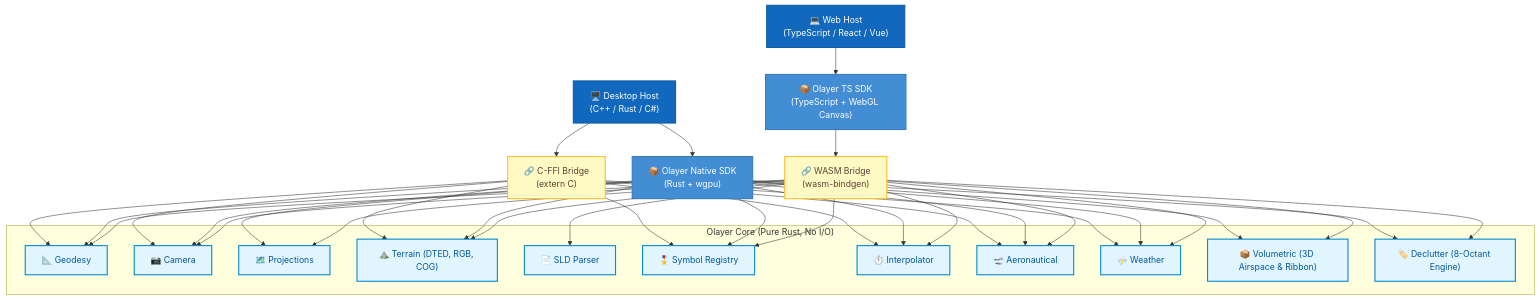
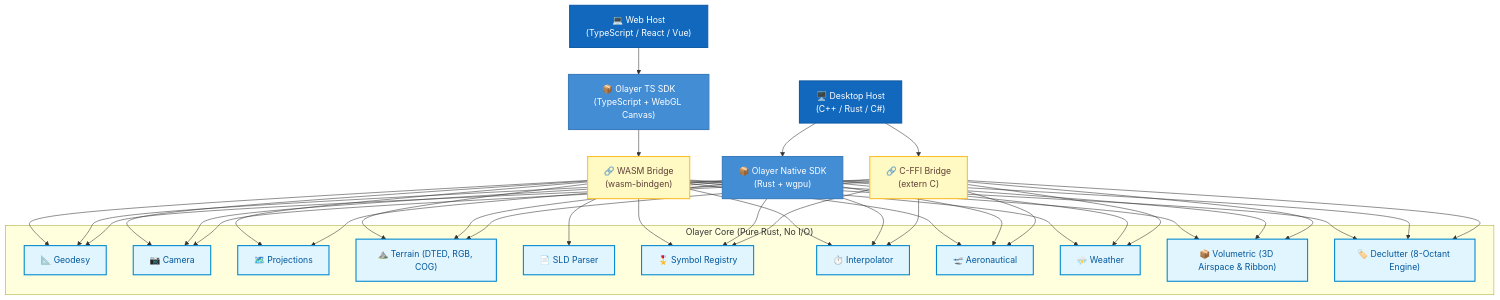
One commit to rodoni/olayer changed the diagram in docs/developer_guide.md. Above: the diagram before and after it, drawn with Mermaid. The commit also changed other lines of this file and 5 other files, not shown here.

````diff
--- a/docs/developer_guide.md
+++ b/docs/developer_guide.md
@@ -16,65 +16,67 @@
 ```mermaid
 graph TB
     classDef host fill:#1168BD,stroke:#0f5ca7,color:#ffffff,stroke-width:2px;
     classDef sdk fill:#438DD5,stroke:#3b7cbd,color:#ffffff,stroke-width:2px;
     classDef bridge fill:#FFF9C4,stroke:#FBC02D,color:#5D4037,stroke-width:2px;
     classDef core fill:#E1F5FE,stroke:#0288D1,color:#01579B,stroke-width:2px;
 
     HostWeb["💻 Web Host<br>(TypeScript / React / Vue)"]:::host
     HostDesktop["🖥️ Desktop Host<br>(C++ / Rust / C#)"]:::host
 
     TSSDK["📦 Olayer TS SDK<br>(TypeScript + WebGL Canvas)"]:::sdk
     NativeSDK["📦 Olayer Native SDK<br>(Rust + wgpu)"]:::sdk
 
     WASMBridge["🔗 WASM Bridge<br>(wasm-bindgen)"]:::bridge
     FFIBridge["🔗 C-FFI Bridge<br>(extern C)"]:::bridge
 
     subgraph CoreBoundary ["Olayer Core (Pure Rust, No I/O)"]
         Geodesy["📐 Geodesy"]:::core
         Camera["📷 Camera"]:::core
         Projections["🗺️ Projections"]:::core
         Terrain["⛰️ Terrain (DTED, RGB, COG)"]:::core
         SLD["📄 SLD Parser"]:::core
         Symbols["🎖️ Symbol Registry"]:::core
         Interp["⏱️ Interpolator"]:::core
         Aero["🛫 Aeronautical"]:::core
         Weather["⛈️ Weather"]:::core
         Volumetric["📦 Volumetric (3D Airspace & Ribbon)"]:::core
         Declutter["🏷️ Declutter (8-Octant Engine)"]:::core
     end
 
     HostWeb --> TSSDK
     TSSDK --> WASMBridge
     WASMBridge --> Geodesy
     WASMBridge --> Camera
     WASMBridge --> Projections
     WASMBridge --> Terrain
     WASMBridge --> SLD
     WASMBridge --> Symbols
     WASMBridge --> Interp
     WASMBridge --> Aero
     WASMBridge --> Weather
     WASMBridge --> Volumetric
     WASMBridge --> Declutter
 
     HostDesktop --> NativeSDK
     NativeSDK --> Geodesy
     NativeSDK --> Camera
     NativeSDK --> Projections
     NativeSDK --> Terrain
     NativeSDK --> Volumetric
     NativeSDK --> Declutter
     NativeSDK --> Symbols
     NativeSDK --> Interp
     NativeSDK --> Aero
     NativeSDK --> Weather
 
     HostDesktop --> FFIBridge
     FFIBridge --> Geodesy
     FFIBridge --> Camera
     FFIBridge --> Terrain
     FFIBridge --> Symbols
     FFIBridge --> Interp
     FFIBridge --> Aero
     FFIBridge --> Weather
+    FFIBridge --> Volumetric
+    FFIBridge --> Declutter
 ```
````
